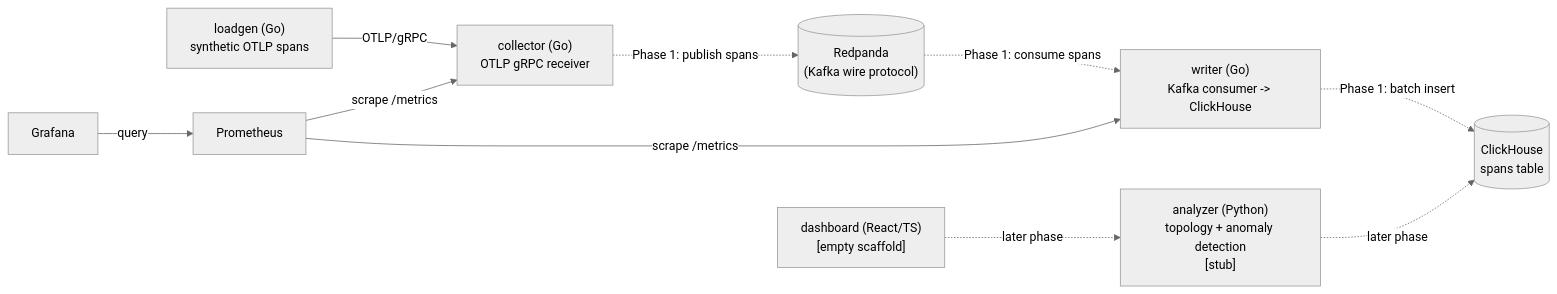
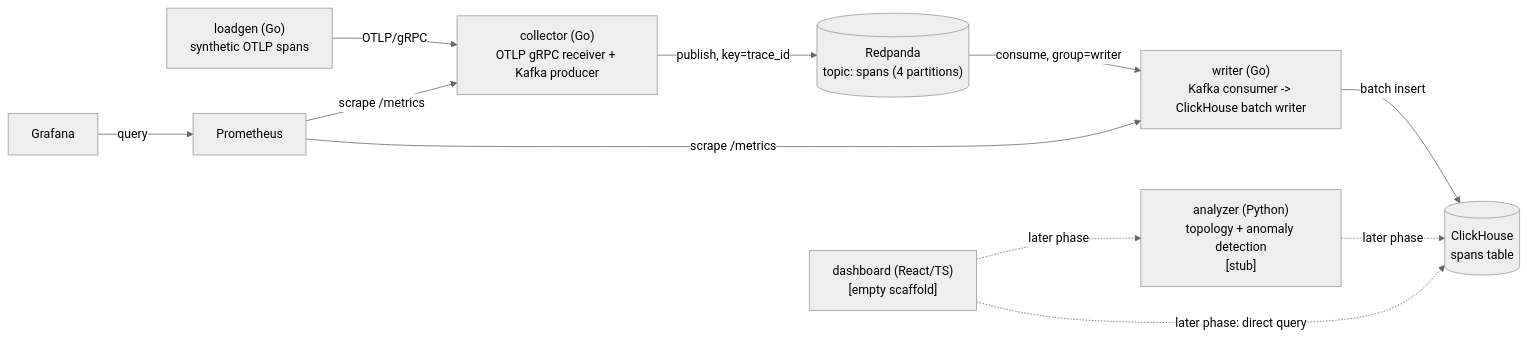
The diagram in docs/ARCHITECTURE.md (kishoreqwerty/distributed-tracing-platform), drawn with Mermaid (neutral theme) before and after one commit. The commit also changed other lines of this file and 37 other files, not shown here.

Commit message:
Phase 1: wire collector -> Kafka -> writer -> ClickHouse end to end

````diff
--- a/docs/ARCHITECTURE.md
+++ b/docs/ARCHITECTURE.md
@@ -5,22 +5,23 @@
 ```mermaid
 flowchart LR
     loadgen["loadgen (Go)\nsynthetic OTLP spans"]
-    collector["collector (Go)\nOTLP gRPC receiver"]
-    redpanda[("Redpanda\n(Kafka wire protocol)")]
-    writer["writer (Go)\nKafka consumer -> ClickHouse"]
+    collector["collector (Go)\nOTLP gRPC receiver + Kafka producer"]
+    redpanda[("Redpanda\ntopic: spans (4 partitions)")]
+    writer["writer (Go)\nKafka consumer -> ClickHouse batch writer"]
     clickhouse[("ClickHouse\nspans table")]
     prometheus["Prometheus"]
     grafana["Grafana"]
     analyzer["analyzer (Python)\ntopology + anomaly detection\n[stub]"]
     dashboard["dashboard (React/TS)\n[empty scaffold]"]
 
     loadgen -- "OTLP/gRPC" --> collector
-    collector -. "Phase 1: publish spans" .-> redpanda
-    redpanda -. "Phase 1: consume spans" .-> writer
-    writer -. "Phase 1: batch insert" .-> clickhouse
+    collector -- "publish, key=trace_id" --> redpanda
+    redpanda -- "consume, group=writer" --> writer
+    writer -- "batch insert" --> clickhouse
     prometheus -- "scrape /metrics" --> collector
     prometheus -- "scrape /metrics" --> writer
     grafana -- "query" --> prometheus
     analyzer -. "later phase" .-> clickhouse
     dashboard -. "later phase" .-> analyzer
+    dashboard -. "later phase: direct query" .-> clickhouse
 ```
````
